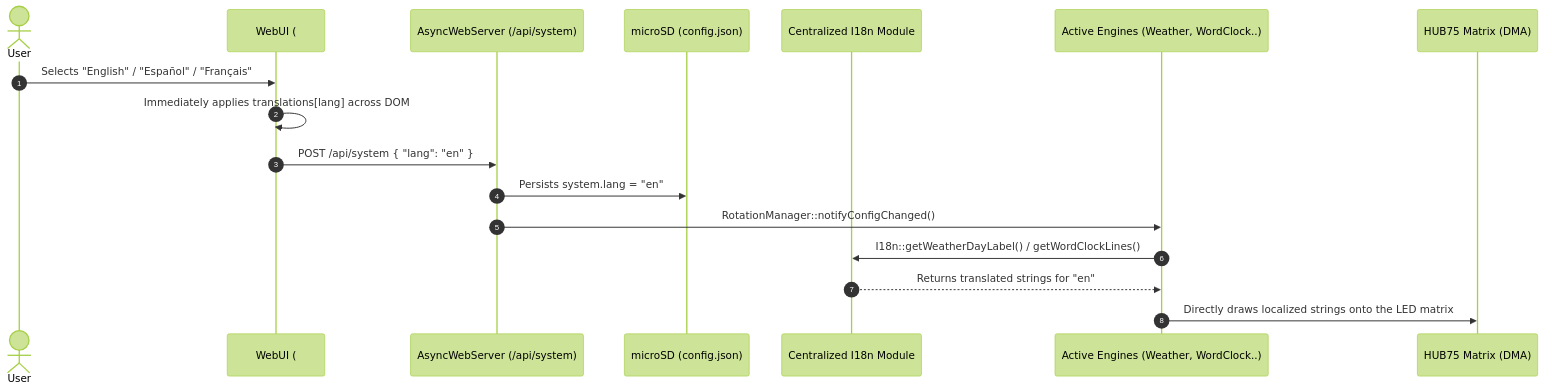
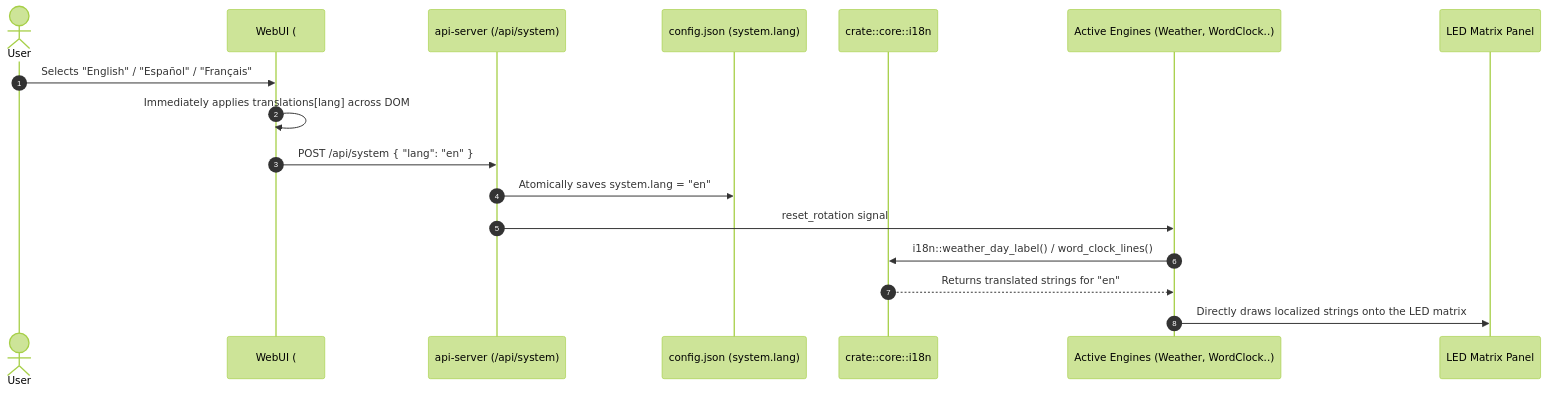
One commit to red77290/ArcadeMatrix changed diagram 11 of 15 in docs/ARCHITECTURE.md. Above: the diagram before and after it, drawn with Mermaid (forest theme). The commit also changed other lines of this file and 16 other files, not shown here.

````diff
--- a/docs/ARCHITECTURE.md
+++ b/docs/ARCHITECTURE.md
@@ -378,20 +501,20 @@
 ```mermaid
 sequenceDiagram
     autonumber
     actor User as User
     participant WebUI as WebUI (#lang-selector)
-    participant API as AsyncWebServer (/api/system)
-    participant SD as microSD (config.json)
-    participant I18N as Centralized I18n Module
+    participant API as api-server (/api/system)
+    participant Disk as config.json (system.lang)
+    participant I18N as crate::core::i18n
     participant ENG as Active Engines (Weather, WordClock..)
-    participant MX as HUB75 Matrix (DMA)
+    participant MX as LED Matrix Panel
 
     User->>WebUI: Selects "English" / "Español" / "Français"
     WebUI->>WebUI: Immediately applies translations[lang] across DOM
     WebUI->>API: POST /api/system { "lang": "en" }
-    API->>SD: Persists system.lang = "en"
-    API->>ENG: RotationManager::notifyConfigChanged()
-    ENG->>I18N: I18n::getWeatherDayLabel() / getWordClockLines()
+    API->>Disk: Atomically saves system.lang = "en"
+    API->>ENG: reset_rotation signal
+    ENG->>I18N: i18n::weather_day_label() / word_clock_lines()
     I18N-->>ENG: Returns translated strings for "en"
     ENG->>MX: Directly draws localized strings onto the LED matrix
 ```
````
